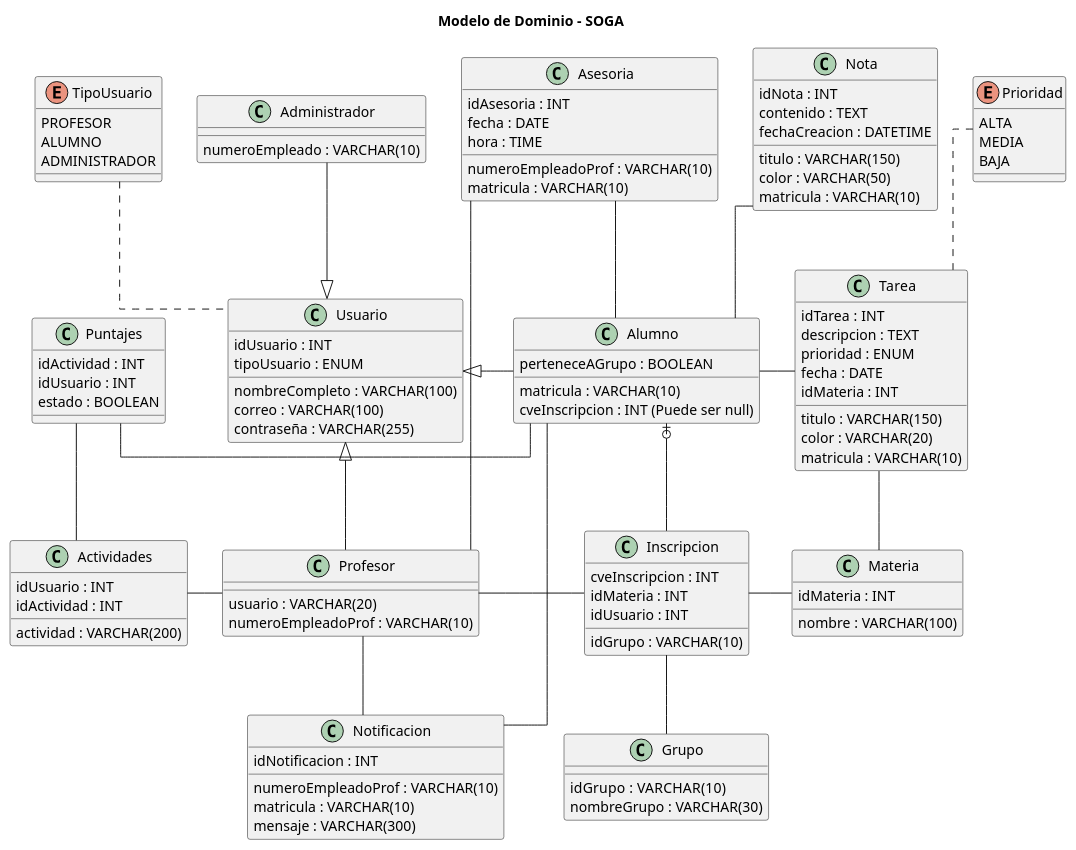
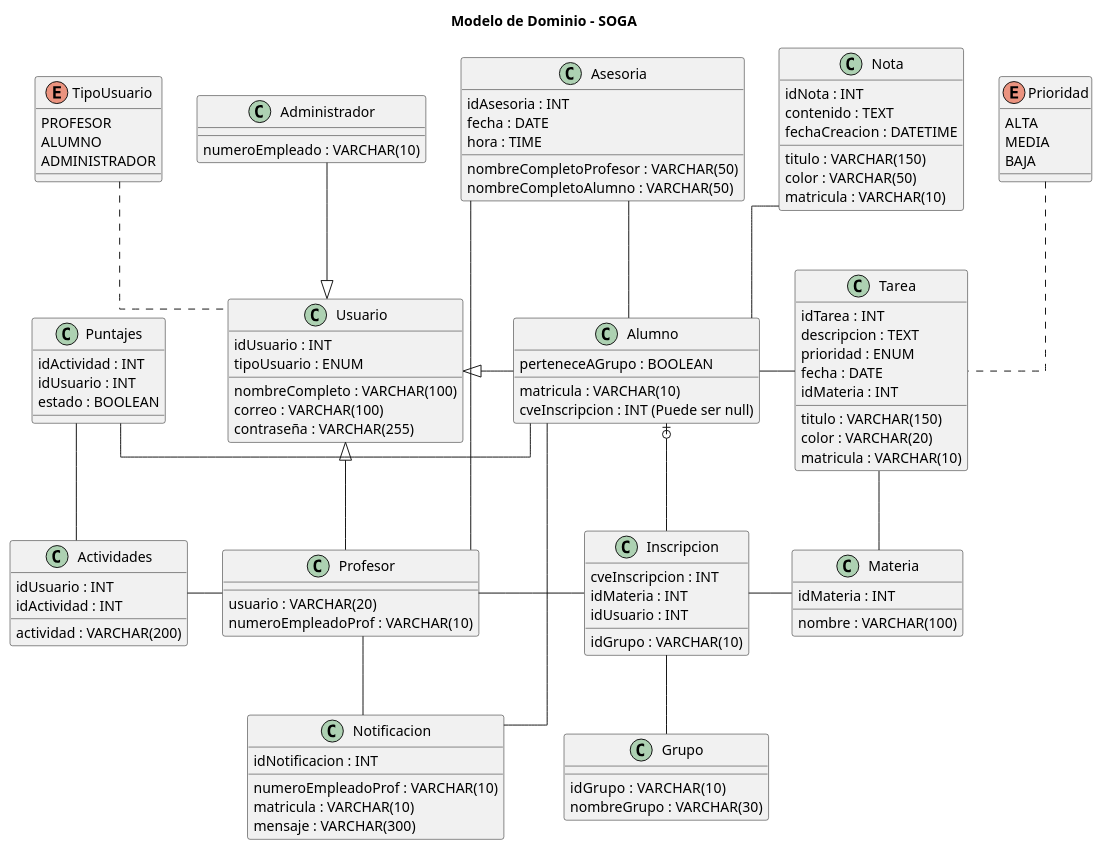
The diagram in lib/modelo.puml (Emma230807/soga), drawn with PlantUML before and after one commit. The commit also changed 8 other files, not shown here.

```diff
--- a/lib/modelo.puml
+++ b/lib/modelo.puml
@@ -2,158 +2,158 @@
 @startuml
 title Modelo de Dominio - SOGA
 
 skinparam classAttributeIconSize 0
 skinparam linetype ortho
 
 ' =========================
 ' USUARIO
 ' =========================
 
 class Usuario {
   idUsuario : INT
   tipoUsuario : ENUM
   nombreCompleto : VARCHAR(100)
   correo : VARCHAR(100)
   contraseña : VARCHAR(255)
 }
 
 class Alumno {
   matricula : VARCHAR(10)
   cveInscripcion : INT (Puede ser null)
   perteneceAGrupo : BOOLEAN
 }
 
 class Profesor {
   usuario : VARCHAR(20)
   numeroEmpleadoProf : VARCHAR(10)
 }
 
 class Administrador {
   numeroEmpleado : VARCHAR(10)
 }
 
 class Materia {
   idMateria : INT
   nombre : VARCHAR(100)
 }
 
 class Inscripcion{
   cveInscripcion : INT
   idGrupo : VARCHAR(10)
   idMateria : INT
   idUsuario : INT
 }
 
 ' =========================
 ' GRUPO, NOTA Y TAREA
 ' =========================
 
 class Grupo {
   idGrupo  : VARCHAR(10)
   nombreGrupo : VARCHAR(30)
 }
 
 class Nota {
   idNota : INT
   contenido : TEXT
   fechaCreacion : DATETIME
   titulo : VARCHAR(150)
   color : VARCHAR(50)
   matricula : VARCHAR(10)
 }
 
 class Tarea {
   idTarea : INT
   descripcion : TEXT
   prioridad : ENUM
   fecha : DATE
   titulo : VARCHAR(150)
   idMateria : INT
   color : VARCHAR(20)
   matricula : VARCHAR(10)
 }
 
 class Asesoria {
   idAsesoria : INT
   fecha : DATE
   hora : TIME
-  numeroEmpleadoProf : VARCHAR(10)
-  matricula : VARCHAR(10)
+  nombreCompletoProfesor : VARCHAR(50)
+  nombreCompletoAlumno : VARCHAR(50)
 }
 
 ' =========================
 ' Puntajes y mensajes
 ' =========================
 
 class Actividades {
   idUsuario : INT
   idActividad : INT
   actividad : VARCHAR(200)
 }
 
 class Puntajes {
   idActividad : INT
   idUsuario : INT 
   estado : BOOLEAN
 }
 
 class Notificacion {
   idNotificacion : INT
   numeroEmpleadoProf : VARCHAR(10)
   matricula : VARCHAR(10)
   mensaje : VARCHAR(300)
 }
 
 ' =========================
 ' ENUMERACIONES
 ' =========================
 
 enum TipoUsuario {
   PROFESOR
   ALUMNO
   ADMINISTRADOR
 }
 
 enum Prioridad {
   ALTA
   MEDIA
   BAJA
 }
 
 ' =========================
 ' HERENCIA
 ' =========================
 
 Usuario <|-right- Alumno
 Usuario <|-down- Profesor
 Usuario <|-up- Administrador
 
 ' =========================
 ' NOTAS DE ENUMERACIONES
 ' =========================
 
 Usuario .left. TipoUsuario
 Tarea .up. Prioridad
 
 Tarea -left- Alumno
 Tarea -down- Materia
 Nota -down- Alumno
 
 Profesor -right- Inscripcion
 Grupo -up- Inscripcion
 Materia -left- Inscripcion
 Alumno |o-- Inscripcion
 
 Profesor -- Notificacion
 Alumno -- Notificacion
 
 Profesor -left- Actividades
 Puntajes -down- Actividades
 
 Puntajes -[hidden]up- TipoUsuario
 Puntajes -[norank]- Alumno
 
 Alumno -[norank]- Asesoria
 Asesoria -[norank]- Profesor
 
 @enduml
```
